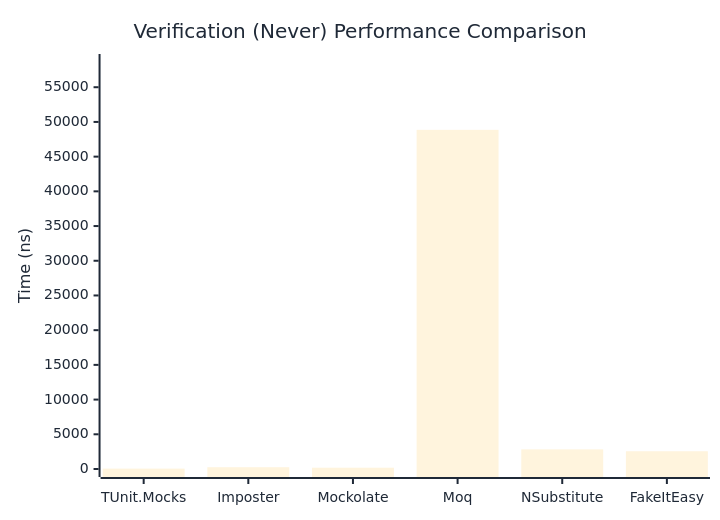
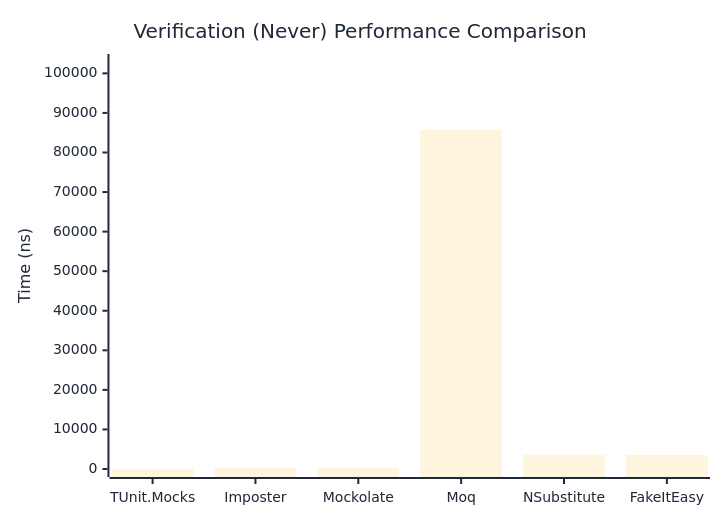
Before and after one commit to thomhurst/TUnit: the second of 3 diagrams in docs/docs/benchmarks/mocks/Verification.md, drawn with Mermaid. The commit also changed other lines of this file and 14 other files, not shown here.

````diff
--- a/docs/docs/benchmarks/mocks/Verification.md
+++ b/docs/docs/benchmarks/mocks/Verification.md
@@ -69,27 +69,27 @@
 ```mermaid
 %%{init: {
   'theme':'base',
   'themeVariables': {
     'primaryColor': '#2563eb',
     'primaryTextColor': '#1f2937',
     'primaryBorderColor': '#1e40af',
     'lineColor': '#6b7280',
     'secondaryColor': '#7c3aed',
     'tertiaryColor': '#dc2626',
     'background': '#ffffff',
     'pie1': '#2563eb',
     'pie2': '#7c3aed',
     'pie3': '#dc2626',
     'pie4': '#f59e0b',
     'pie5': '#10b981',
     'pie6': '#06b6d4',
     'pie7': '#ec4899',
     'pie8': '#6366f1'
   }
 }}%%
 xychart-beta
   title "Verification (Never) Performance Comparison"
   x-axis ["TUnit.Mocks", "Imposter", "Mockolate", "Moq", "NSubstitute", "FakeItEasy"]
-  y-axis "Time (ns)" 0 --> 58633
-  bar [53.4, 256.65, 186.01, 48860.5, 2829.88, 2558.83]
+  y-axis "Time (ns)" 0 --> 102870
+  bar [59.95, 314.43, 211.67, 85724.92, 3567.38, 3545.33]
 ```
````
